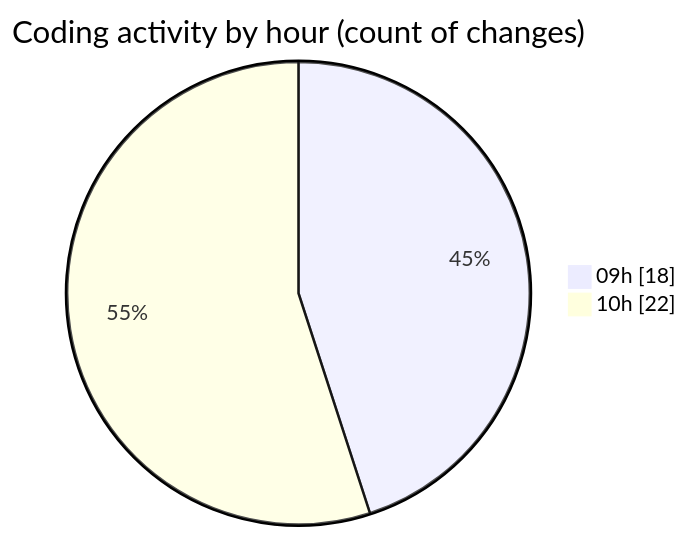
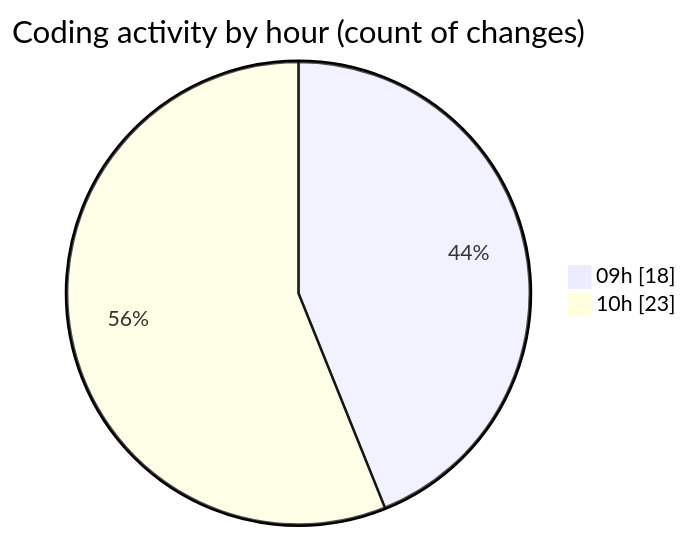
One commit to momahboobian/code-tracking changed the second of 2 diagrams in 2025-09-16/cda/README.md. Above: the diagram before and after it, drawn with Mermaid. The commit also changed other lines of this file and 1 other file, not shown here.

````diff
--- a/2025-09-16/cda/README.md
+++ b/2025-09-16/cda/README.md
@@ -31,6 +31,6 @@
 ```mermaid
 pie showData
 title Coding activity by hour (count of changes)
 "09h" : 18
-"10h" : 22
+"10h" : 23
 ```
````
